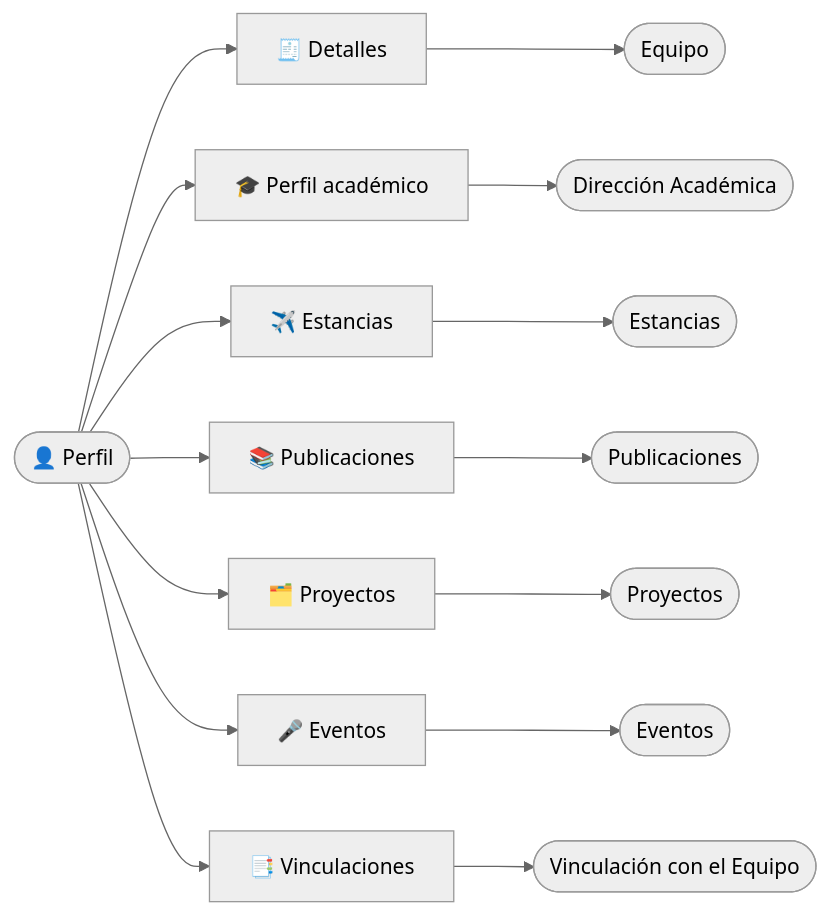
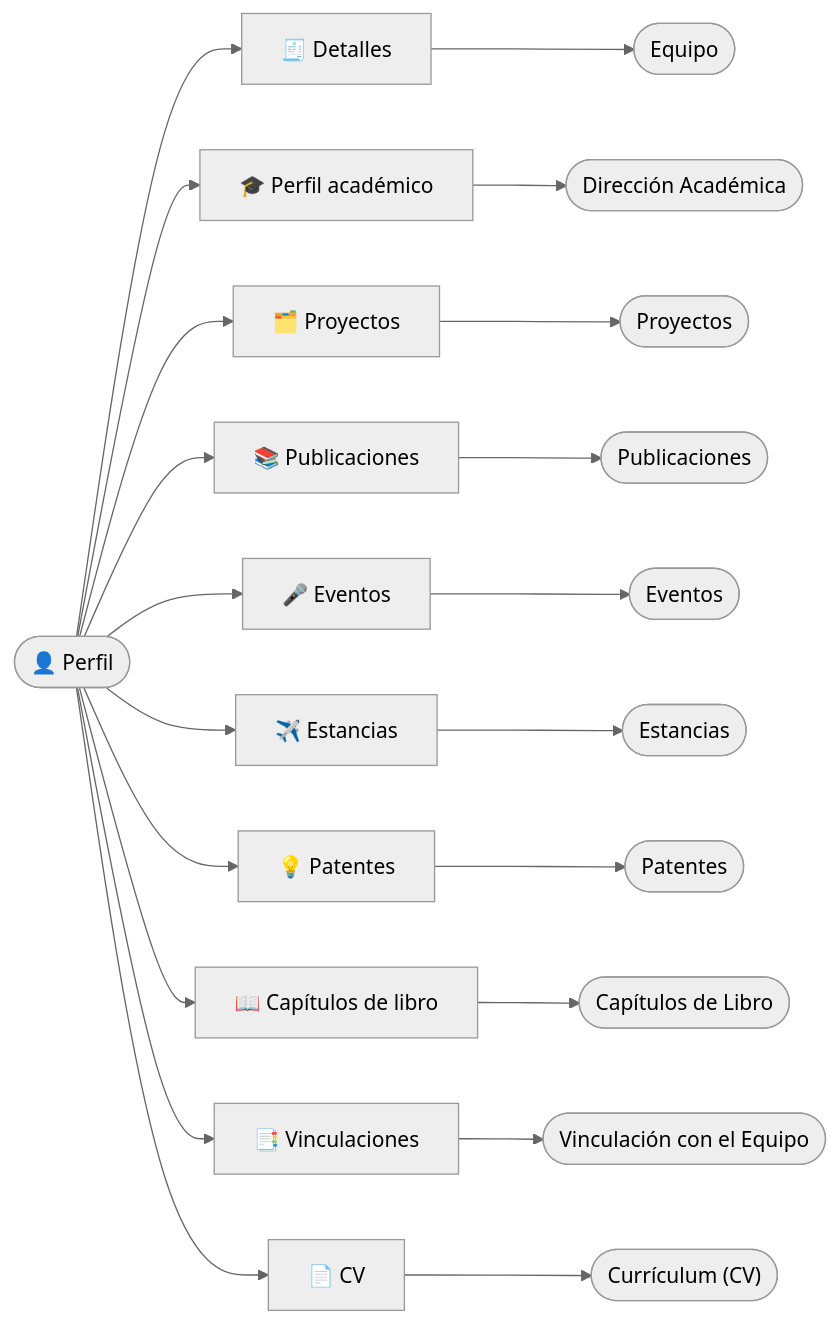
One commit to sciencemanager/docs changed the diagram in docs/02-core-features/10-member-profile.md. Above: the diagram before and after it, drawn with Mermaid (neutral theme). The commit also changed other lines of this file and 7 other files, not shown here.

````diff
--- a/docs/02-core-features/10-member-profile.md
+++ b/docs/02-core-features/10-member-profile.md
@@ -37,11 +40,14 @@
 ```mermaid
 flowchart LR
     P(["👤 Perfil"])
     P --> T1["🧾 Detalles"] --> M1(["Equipo"])
     P --> T2["🎓 Perfil académico"] --> M2(["Dirección Académica"])
-    P --> T3["✈️ Estancias"] --> M3(["Estancias"])
+    P --> T3["🗂️ Proyectos"] --> M3(["Proyectos"])
     P --> T4["📚 Publicaciones"] --> M4(["Publicaciones"])
-    P --> T5["🗂️ Proyectos"] --> M5(["Proyectos"])
-    P --> T6["🎤 Eventos"] --> M6(["Eventos"])
-    P --> T7["📑 Vinculaciones"] --> M7(["Vinculación con el Equipo"])
+    P --> T5["🎤 Eventos"] --> M5(["Eventos"])
+    P --> T6["✈️ Estancias"] --> M6(["Estancias"])
+    P --> T7["💡 Patentes"] --> M7(["Patentes"])
+    P --> T8["📖 Capítulos de libro"] --> M8(["Capítulos de Libro"])
+    P --> T9["📑 Vinculaciones"] --> M9(["Vinculación con el Equipo"])
+    P --> T10["📄 CV"] --> M10(["Currículum (CV)"])
 ```
````
